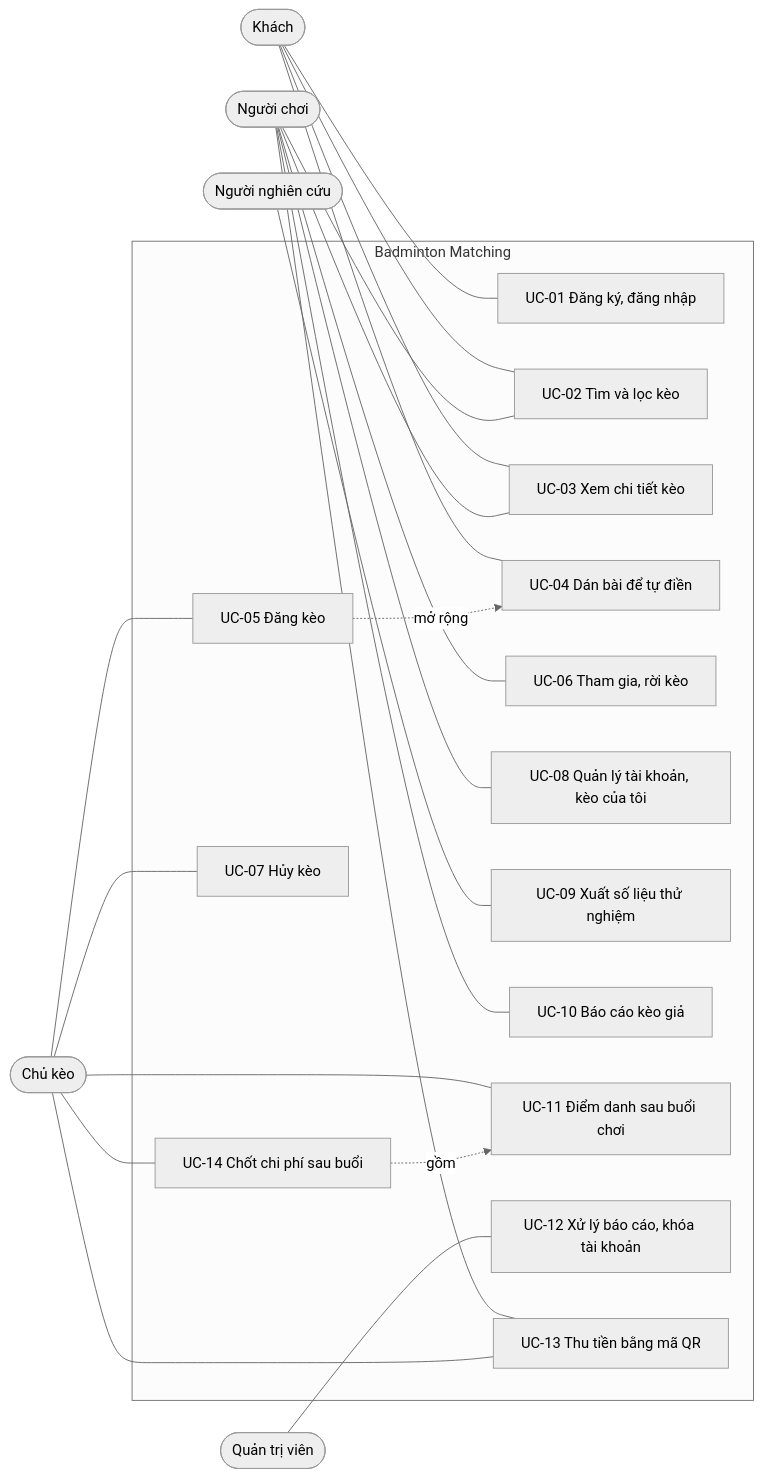
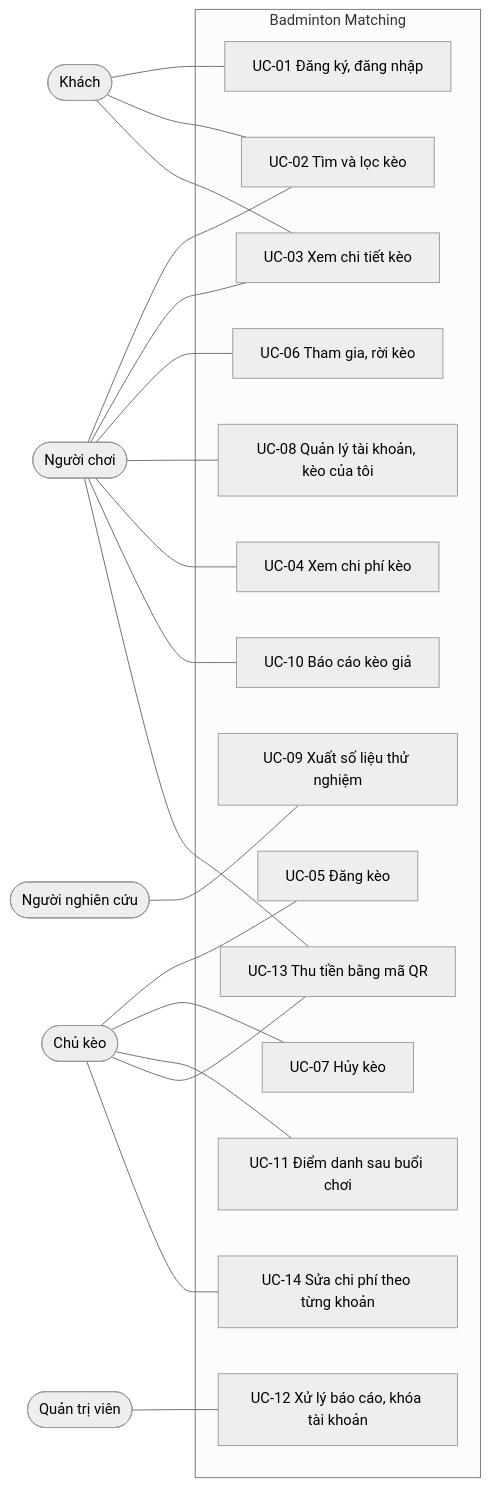
Before and after one commit to DucManh300905/Badminton-Matching: the diagram in docs/04-user-stories.md, drawn with Mermaid (neutral theme). The commit also changed other lines of this file and 48 other files, not shown here.

Commit message:
feat: chi phi theo tung khoan (chon nguoi chiu, ban khong dung app, con thieu / tra du, diem danh); go bo trich xuat bai dang

````diff
--- a/docs/04-user-stories.md
+++ b/docs/04-user-stories.md
@@ -139,45 +139,43 @@
 ```mermaid
 flowchart LR
     Khach(["Khách"])
     NguoiChoi(["Người chơi"])
     ChuKeo(["Chủ kèo"])
     NghienCuu(["Người nghiên cứu"])
     QuanTri(["Quản trị viên"])
 
     subgraph HT["Badminton Matching"]
         UC01["UC-01 Đăng ký, đăng nhập"]
         UC02["UC-02 Tìm và lọc kèo"]
         UC03["UC-03 Xem chi tiết kèo"]
-        UC04["UC-04 Dán bài để tự điền"]
+        UC04["UC-04 Xem chi phí kèo"]
         UC05["UC-05 Đăng kèo"]
         UC06["UC-06 Tham gia, rời kèo"]
         UC07["UC-07 Hủy kèo"]
         UC08["UC-08 Quản lý tài khoản, kèo của tôi"]
         UC09["UC-09 Xuất số liệu thử nghiệm"]
         UC10["UC-10 Báo cáo kèo giả"]
         UC11["UC-11 Điểm danh sau buổi chơi"]
         UC12["UC-12 Xử lý báo cáo, khóa tài khoản"]
         UC13["UC-13 Thu tiền bằng mã QR"]
-        UC14["UC-14 Chốt chi phí sau buổi"]
+        UC14["UC-14 Sửa chi phí theo từng khoản"]
     end
 
     Khach --- UC01
     Khach --- UC02
     Khach --- UC03
-    Khach --- UC04
     NguoiChoi --- UC02
     NguoiChoi --- UC03
     NguoiChoi --- UC06
     NguoiChoi --- UC08
     ChuKeo --- UC05
     ChuKeo --- UC07
-    UC05 -. "mở rộng" .-> UC04
+    NguoiChoi --- UC04
     NghienCuu --- UC09
     NguoiChoi --- UC10
     ChuKeo --- UC11
     QuanTri --- UC12
     NguoiChoi --- UC13
     ChuKeo --- UC13
     ChuKeo --- UC14
-    UC14 -. "gồm" .-> UC11
 ```
````
